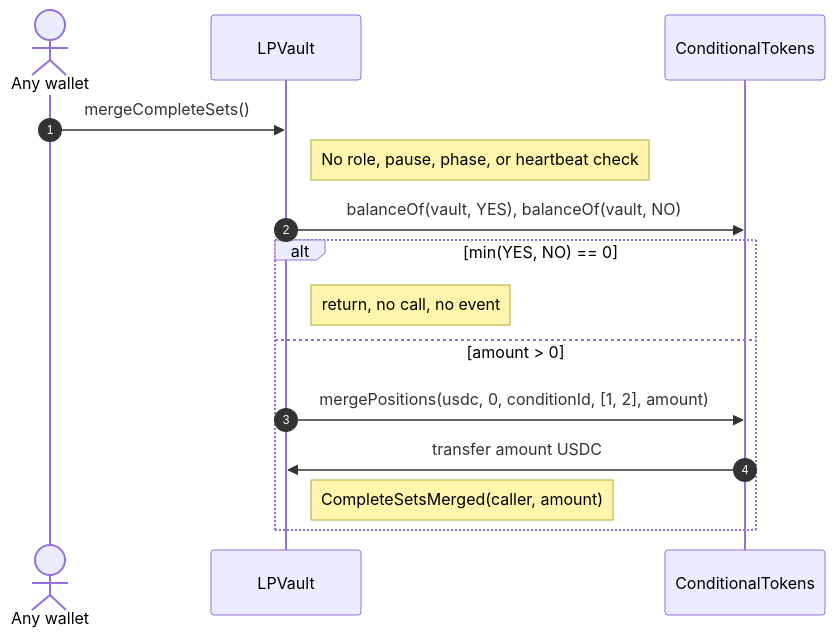
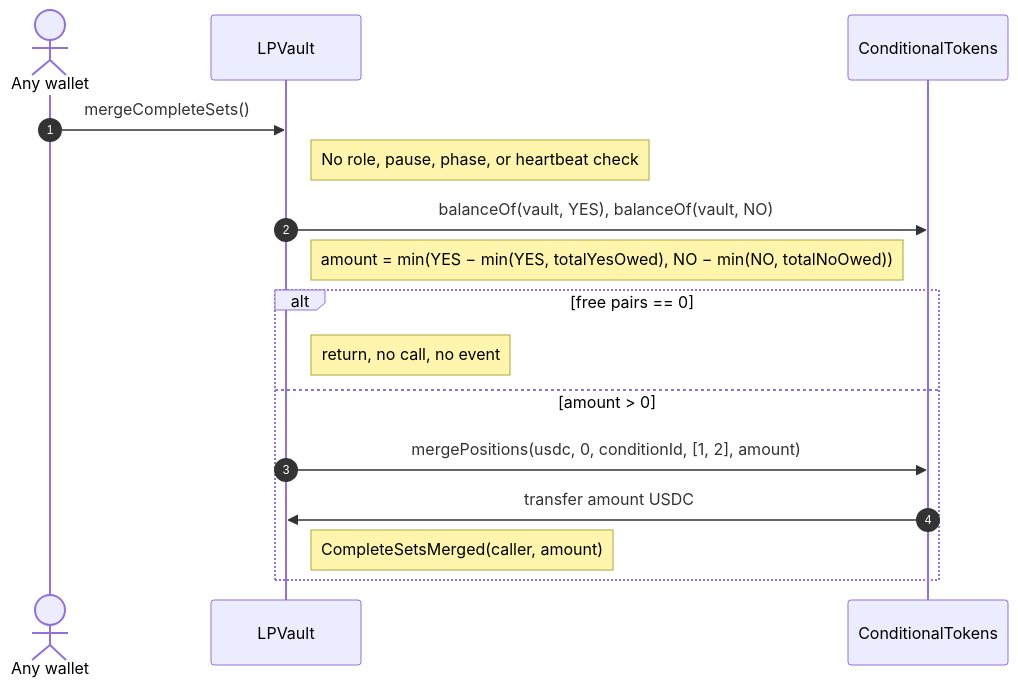
Before and after one commit to ProphetMarket/lp-vaults: the tenth of 17 diagrams in FLOWS.md, drawn with Mermaid. The commit also changed other lines of this file and 3 other files, not shown here.

First line of the commit message:
chore (vault): Document the free pairs and update the plan for R14

````diff
--- a/FLOWS.md
+++ b/FLOWS.md
@@ -357,18 +358,19 @@
 ```mermaid
 sequenceDiagram
     autonumber
     actor Caller as Any wallet
     participant Vault as LPVault
     participant CTF as ConditionalTokens
 
     Caller->>Vault: mergeCompleteSets()
     Note right of Vault: No role, pause, phase, or heartbeat check
     Vault->>CTF: balanceOf(vault, YES), balanceOf(vault, NO)
-    alt min(YES, NO) == 0
+    Note right of Vault: amount = min(YES − min(YES, totalYesOwed), NO − min(NO, totalNoOwed))
+    alt free pairs == 0
         Note right of Vault: return, no call, no event
     else amount > 0
         Vault->>CTF: mergePositions(usdc, 0, conditionId, [1, 2], amount)
         CTF->>Vault: transfer amount USDC
         Note right of Vault: CompleteSetsMerged(caller, amount)
     end
 ```
````
